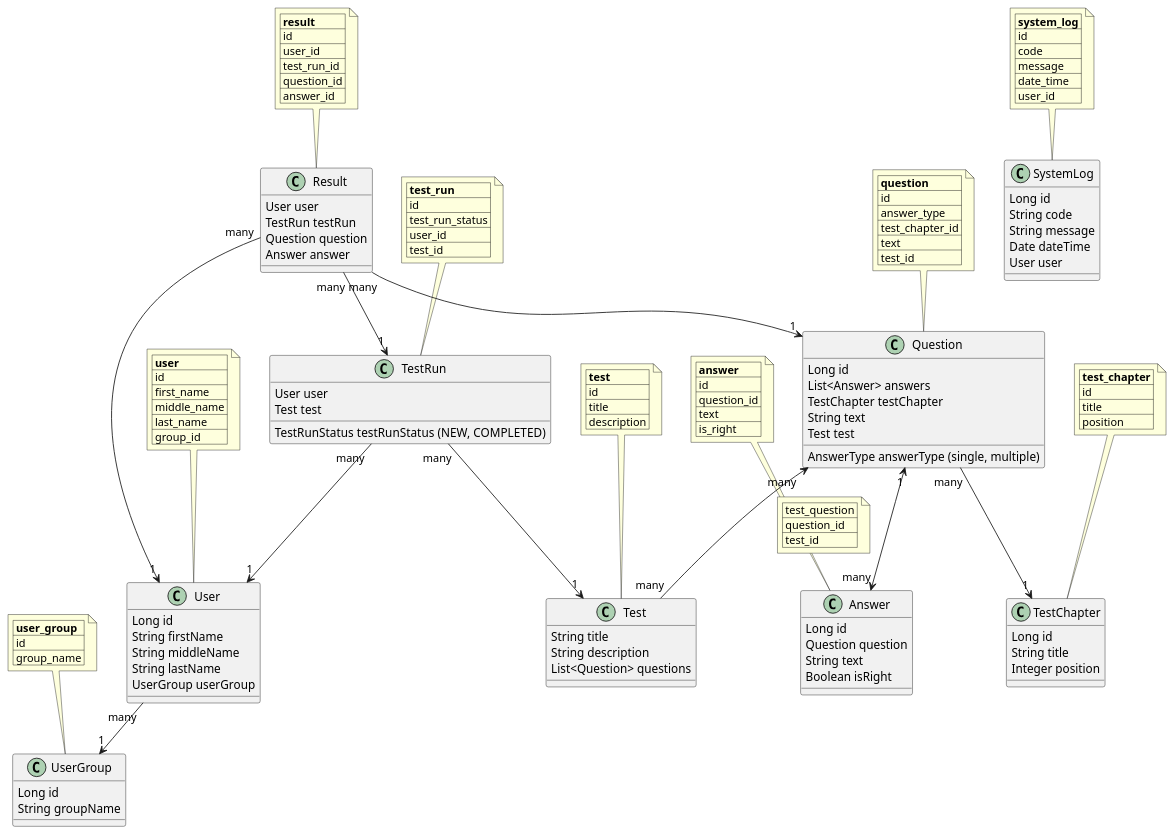
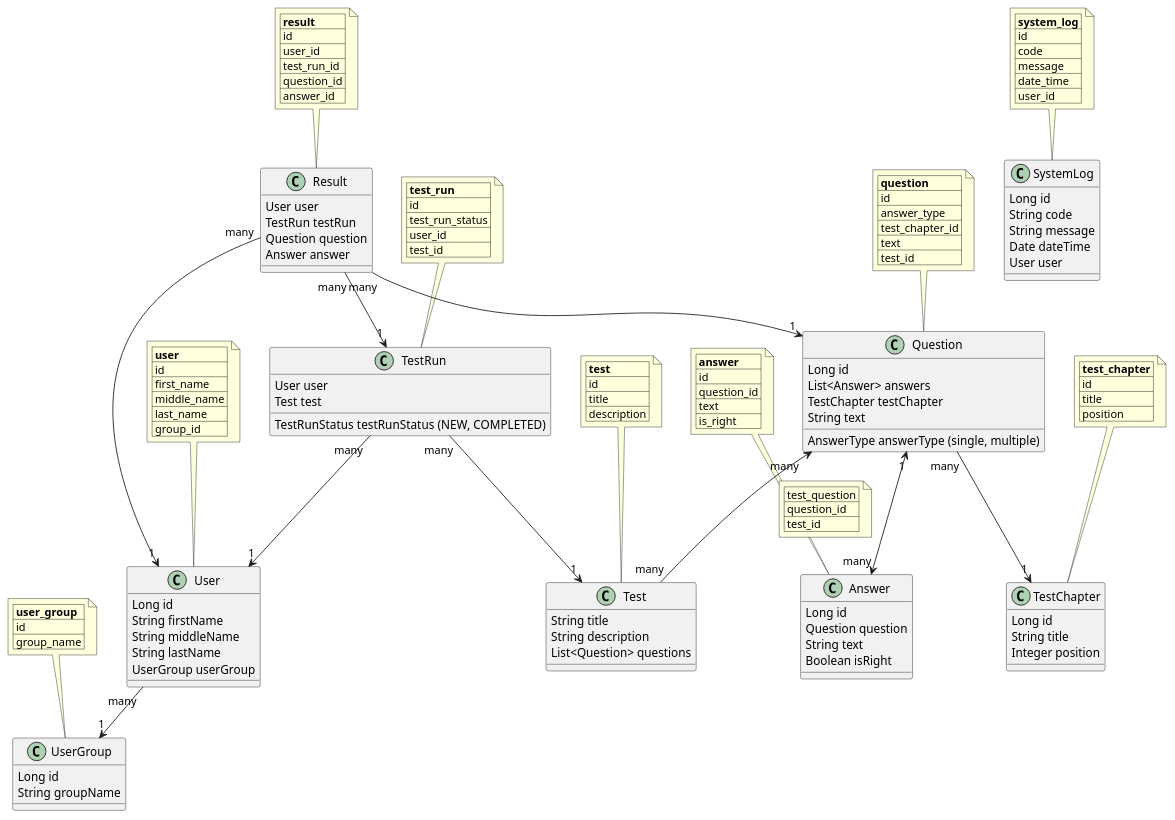
Before and after one commit to ikhoroshev/SBTTraineeship: the diagram in practise/diagrams/Domain.puml, drawn with PlantUML.

Commit message:
Исправления в диаграмма доменных объектов

```diff
--- a/practise/diagrams/Domain.puml
+++ b/practise/diagrams/Domain.puml
@@ -1,162 +1,161 @@
 @startuml
 
 class User {
     Long id
     String firstName
     String middleName
     String lastName
     UserGroup userGroup
 }
 
 note top of User
    |= user |
    | id |
    | first_name |
    | middle_name |
    | last_name |
    | group_id |
 end note
 
 class UserGroup {
     Long id
     String groupName
 }
 
 note top of UserGroup
    |= user_group |
    | id |
    | group_name |
 end note
 
 User "many" --> "1" UserGroup
 
 class SystemLog {
     Long id
     String code
     String message
     Date dateTime
     User user
 }
 
 note top of SystemLog
    |= system_log |
    | id |
    | code |
    | message |
    | date_time |
    | user_id |
 end note
 
 
 class Question {
     Long id
     List<Answer> answers
     AnswerType answerType (single, multiple)
     TestChapter testChapter
     String text
-    Test test
 }
 
 note top of Question
    |= question |
    | id |
    | answer_type |
    | test_chapter_id |
    | text |
    | test_id |
 end note
 
 
 Question "many" --> "1" TestChapter
 
 Question "1" <--> "many" Answer
 
 class Answer {
     Long id
     Question question
     String text
     Boolean isRight
 }
 
 note top of Answer
    |= answer |
    | id |
    | question_id |
    | text |
    | is_right |
 end note
 
 class Result {
     User user
     TestRun testRun
     Question question
     Answer answer
 }
 
 note top of Result
    |= result |
    | id |
    | user_id |
    | test_run_id |
    | question_id |
    | answer_id |
 end note
 
 
 class Test {
     String title
     String description
     List<Question> questions
 }
 
 note top of Test
    |= test |
    | id |
    | title |
    | description |
 end note
 
 
 Question "many" <-- "many" Test
 
 note right on link
 	| test_question |
 	| question_id |
 	| test_id |
 end note
 
 class TestChapter {
     Long id
     String title
     Integer position
 }
 
 note top of TestChapter
    |= test_chapter |
    | id |
    | title |
    | position |
 end note
 
 class TestRun {
     TestRunStatus testRunStatus (NEW, COMPLETED)
     User user
     Test test
 }
 
 note top of TestRun
    |= test_run |
    | id |
    | test_run_status |
    | user_id |
    | test_id |
 end note
 
 TestRun "many" --> "1" Test
 TestRun "many" --> "1" User
 Result "many" --> "1" User
 Result "many" --> "1" TestRun
 Result "many" --> "1" Question
 
 
 @enduml
```
